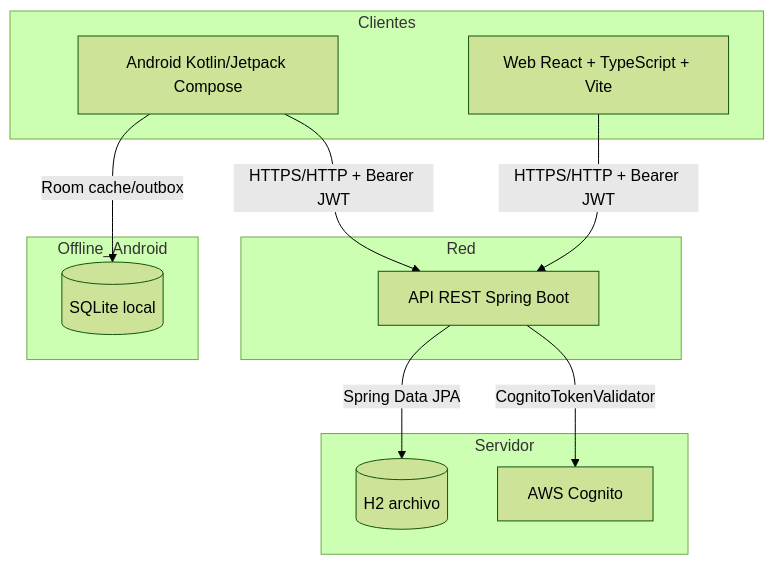
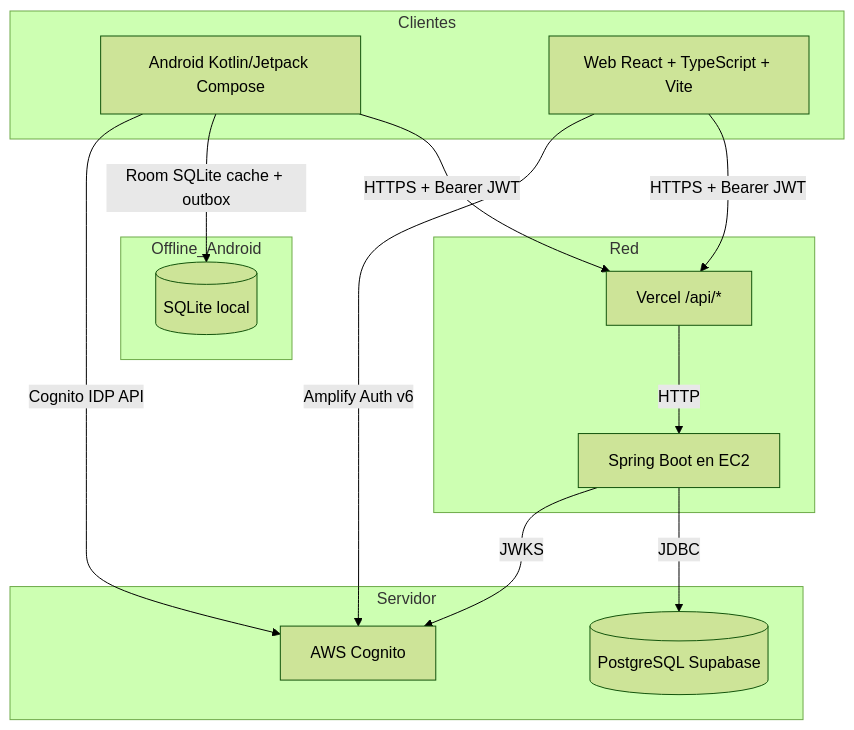
One commit to Aracelymp/SyncPass changed the first of 8 diagrams in ARQUITECTURA_COMPLETA_SYNCPASS.md. Above: the diagram before and after it, drawn with Mermaid (forest theme). The commit also changed other lines of this file and 5 other files, not shown here.

````diff
--- a/ARQUITECTURA_COMPLETA_SYNCPASS.md
+++ b/ARQUITECTURA_COMPLETA_SYNCPASS.md
@@ -19,21 +24,25 @@
 ```mermaid
 flowchart TB
     subgraph Clientes
         A[Android Kotlin/Jetpack Compose]
         W[Web React + TypeScript + Vite]
     end
 
     subgraph Red
-        A -->|HTTPS/HTTP + Bearer JWT| GW[API REST Spring Boot]
-        W -->|HTTPS/HTTP + Bearer JWT| GW
+        A -->|HTTPS + Bearer JWT| V[Vercel /api/*]
+        W -->|HTTPS + Bearer JWT| V
+        V -->|HTTP| EC2[Spring Boot en EC2]
     end
 
     subgraph Servidor
-        GW -->|Spring Data JPA| DB[(H2 archivo)]
-        GW -->|CognitoTokenValidator| COG[AWS Cognito]
+        EC2 -->|JDBC| DB[(PostgreSQL Supabase)]
+        EC2 -->|JWKS| COG[AWS Cognito]
     end
 
     subgraph Offline_Android
-        A -->|Room cache/outbox| R[(SQLite local)]
+        A -->|Room SQLite cache + outbox| L[(SQLite local)]
     end
+
+    W -->|Amplify Auth v6| COG
+    A -->|Cognito IDP API| COG
 ```
````
